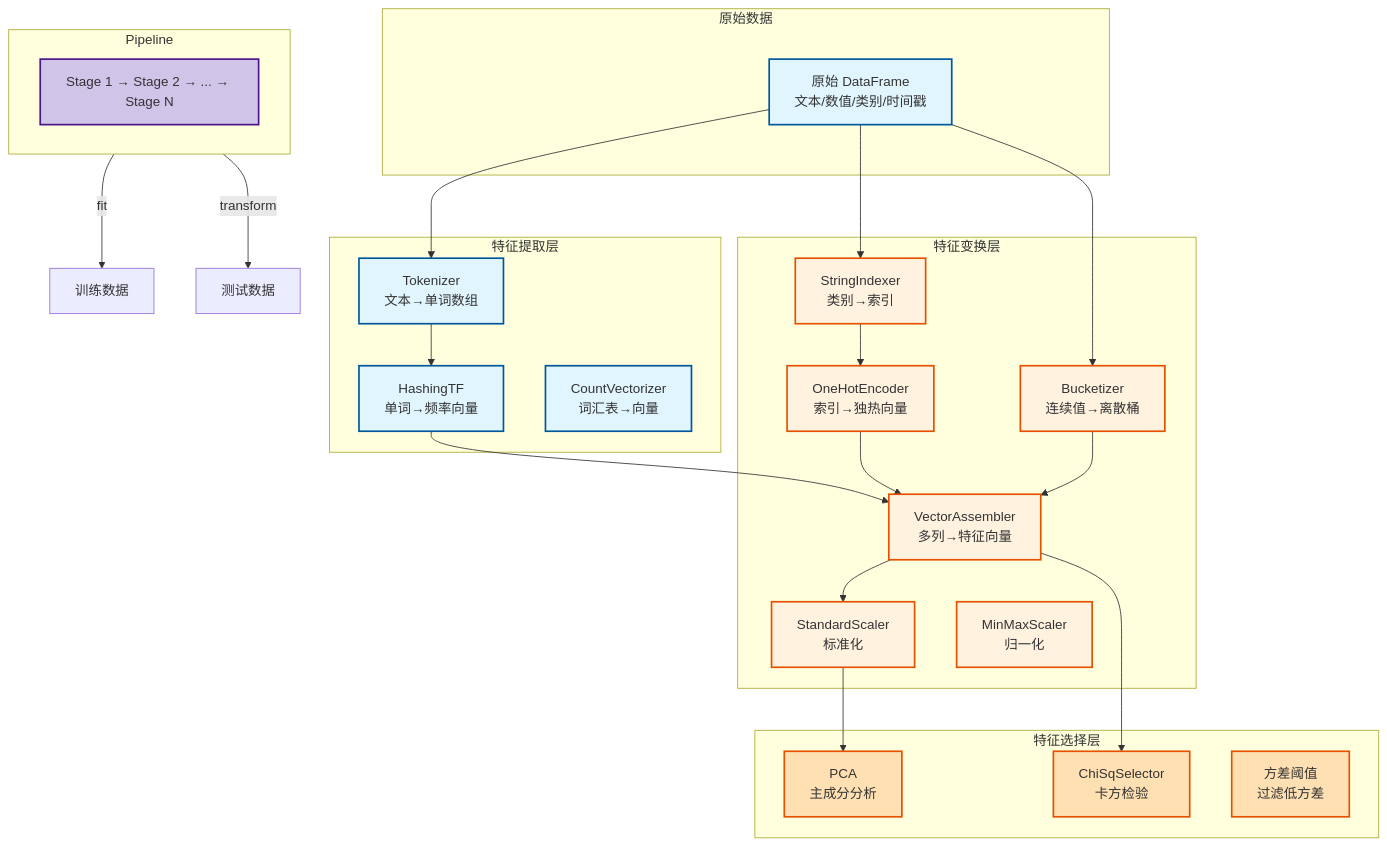
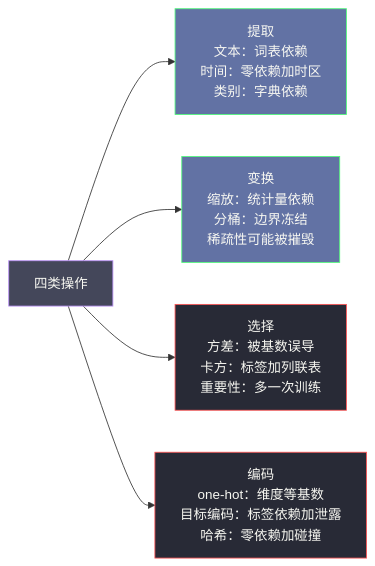
The third of 6 diagrams in content/大数据/读书笔记-大数据概览/16 Spark 特征工程：从提取到选择的全链路机制.md (hpliStartAgain/my-brain), drawn with Mermaid before and after one commit. The commit also changed other lines of this file and 259 other files, not shown here.

````diff
--- a/content/大数据/读书笔记-大数据概览/16 Spark 特征工程：从提取到选择的全链路机制.md
+++ b/content/大数据/读书笔记-大数据概览/16 Spark 特征工程：从提取到选择的全链路机制.md
@@ -29,45 +171,14 @@
 ```mermaid
-graph TD
-    classDef extract fill:#e1f5fe,stroke:#01579b,stroke-width:2px;
-    classDef transform fill:#fff3e0,stroke:#e65100,stroke-width:2px;
-    classDef select fill:#ffe0b2,stroke:#e65100,stroke-width:2px;
-    classDef pipeline fill:#d1c4e9,stroke:#4a148c,stroke-width:2px;
-
-    subgraph 原始数据
-        Raw[原始 DataFrame<br/>文本/数值/类别/时间戳]:::extract
-    end
-
-    subgraph 特征提取层
-        Tokenizer[Tokenizer<br/>文本→单词数组]:::extract
-        HashingTF[HashingTF<br/>单词→频率向量]:::extract
-        CountVectorizer[CountVectorizer<br/>词汇表→向量]:::extract
-    end
-
-    subgraph 特征变换层
-        StringIndexer[StringIndexer<br/>类别→索引]:::transform
-        OneHotEncoder[OneHotEncoder<br/>索引→独热向量]:::transform
-        VectorAssembler[VectorAssembler<br/>多列→特征向量]:::transform
-        StandardScaler[StandardScaler<br/>标准化]:::transform
-        MinMaxScaler[MinMaxScaler<br/>归一化]:::transform
-        Bucketizer[Bucketizer<br/>连续值→离散桶]:::transform
-    end
-
-    subgraph 特征选择层
-        PCA[PCA<br/>主成分分析]:::select
-        ChiSqSelector[ChiSqSelector<br/>卡方检验]:::select
-        VarianceThresholdSelector[方差阈值<br/>过滤低方差]:::select
-    end
-
-    subgraph Pipeline
-        Stages[Stage 1 → Stage 2 → ... → Stage N]:::pipeline
-    end
-
-    Raw --> Tokenizer --> HashingTF --> VectorAssembler --> StandardScaler --> PCA
-    Raw --> StringIndexer --> OneHotEncoder --> VectorAssembler
-    Raw --> Bucketizer --> VectorAssembler
-    
-    VectorAssembler --> ChiSqSelector
-    
-    Pipeline -->|fit| 训练数据
-    Pipeline -->|transform| 测试数据
+%%{init: {'theme': 'dracula'}}%%
+graph LR
+    OP["四类操作"] --> EX["提取<br/>文本：词表依赖<br/>时间：零依赖加时区<br/>类别：字典依赖"]
+    OP --> TR["变换<br/>缩放：统计量依赖<br/>分桶：边界冻结<br/>稀疏性可能被摧毁"]
+    OP --> SE["选择<br/>方差：被基数误导<br/>卡方：标签加列联表<br/>重要性：多一次训练"]
+    OP --> EN["编码<br/>one-hot：维度等基数<br/>目标编码：标签依赖加泄露<br/>哈希：零依赖加碰撞"]
+    classDef op fill:#44475a,stroke:#bd93f9,color:#f8f8f2
+    classDef ext fill:#6272a4,stroke:#50fa7b,color:#f8f8f2
+    classDef warn fill:#282a36,stroke:#ff5555,color:#f8f8f2
+    class OP op
+    class EX,TR ext
+    class SE,EN warn
 ```
````
